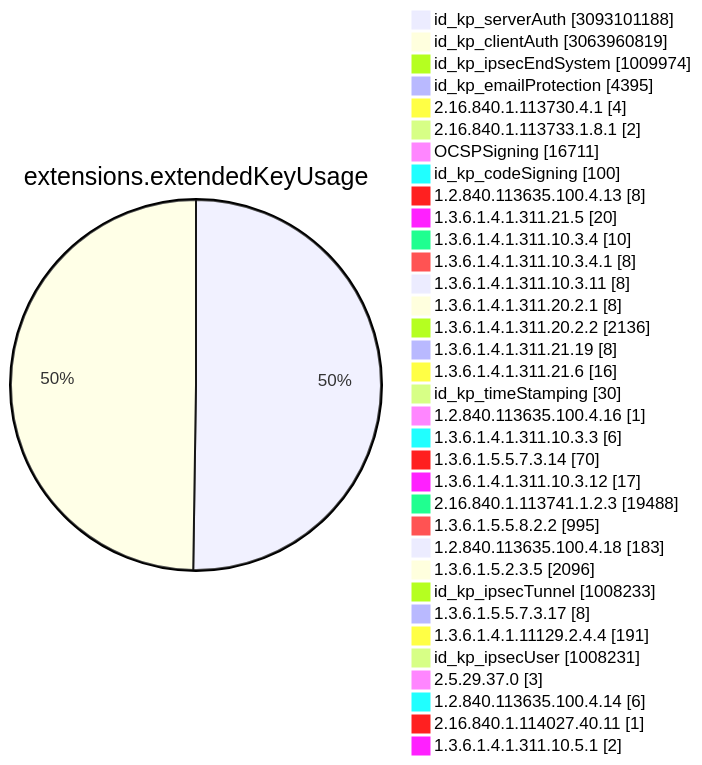
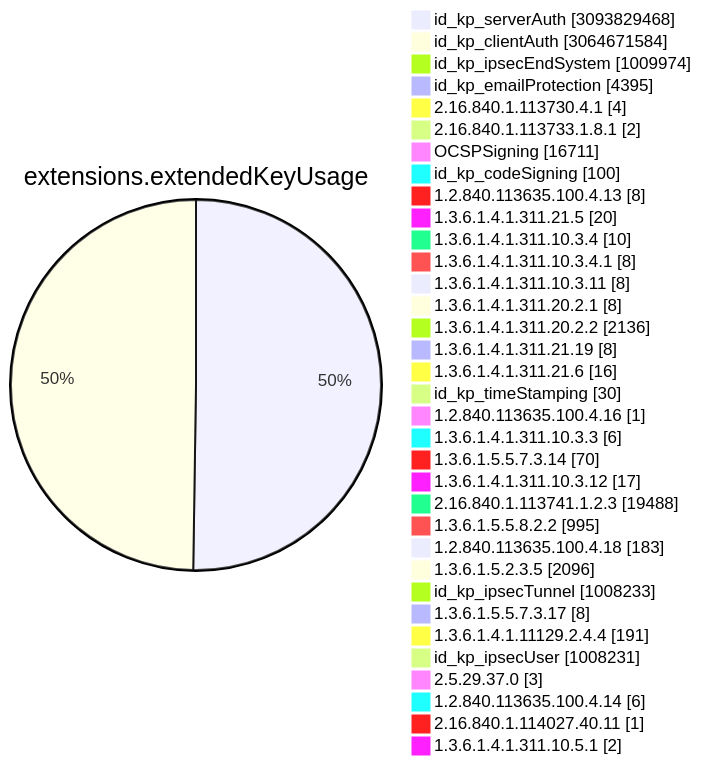
Diagram 11 of 15 in TOTAL/README.md (christiankrug/ctmonitor_visualization), drawn with Mermaid before and after one commit. The commit also changed other lines of this file, not shown here.

````diff
--- a/TOTAL/README.md
+++ b/TOTAL/README.md
@@ -4119,38 +4119,38 @@
 ```mermaid
 pie showData
 title extensions.extendedKeyUsage
-"id_kp_serverAuth" :3093101188
-"id_kp_clientAuth" :3063960819
+"id_kp_serverAuth" :3093829468
+"id_kp_clientAuth" :3064671584
 "id_kp_ipsecEndSystem" :1009974
 "id_kp_emailProtection" :4395
 "2.16.840.1.113730.4.1" :4
 "2.16.840.1.113733.1.8.1" :2
 "OCSPSigning" :16711
 "id_kp_codeSigning" :100
 "1.2.840.113635.100.4.13" :8
 "1.3.6.1.4.1.311.21.5" :20
 "1.3.6.1.4.1.311.10.3.4" :10
 "1.3.6.1.4.1.311.10.3.4.1" :8
 "1.3.6.1.4.1.311.10.3.11" :8
 "1.3.6.1.4.1.311.20.2.1" :8
 "1.3.6.1.4.1.311.20.2.2" :2136
 "1.3.6.1.4.1.311.21.19" :8
 "1.3.6.1.4.1.311.21.6" :16
 "id_kp_timeStamping" :30
 "1.2.840.113635.100.4.16" :1
 "1.3.6.1.4.1.311.10.3.3" :6
 "1.3.6.1.5.5.7.3.14" :70
 "1.3.6.1.4.1.311.10.3.12" :17
 "2.16.840.1.113741.1.2.3" :19488
 "1.3.6.1.5.5.8.2.2" :995
 "1.2.840.113635.100.4.18" :183
 "1.3.6.1.5.2.3.5" :2096
 "id_kp_ipsecTunnel" :1008233
 "1.3.6.1.5.5.7.3.17" :8
 "1.3.6.1.4.1.11129.2.4.4" :191
 "id_kp_ipsecUser" :1008231
 "2.5.29.37.0" :3
 "1.2.840.113635.100.4.14" :6
 "2.16.840.1.114027.40.11" :1
 "1.3.6.1.4.1.311.10.5.1" :2
 ```
````
